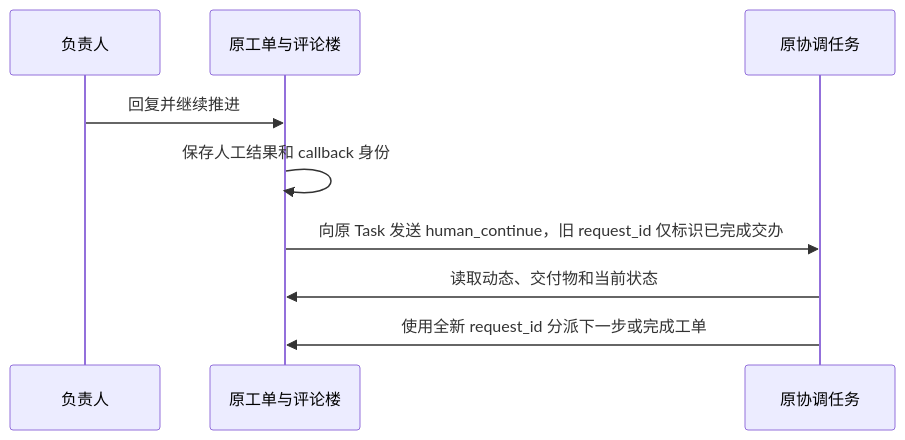
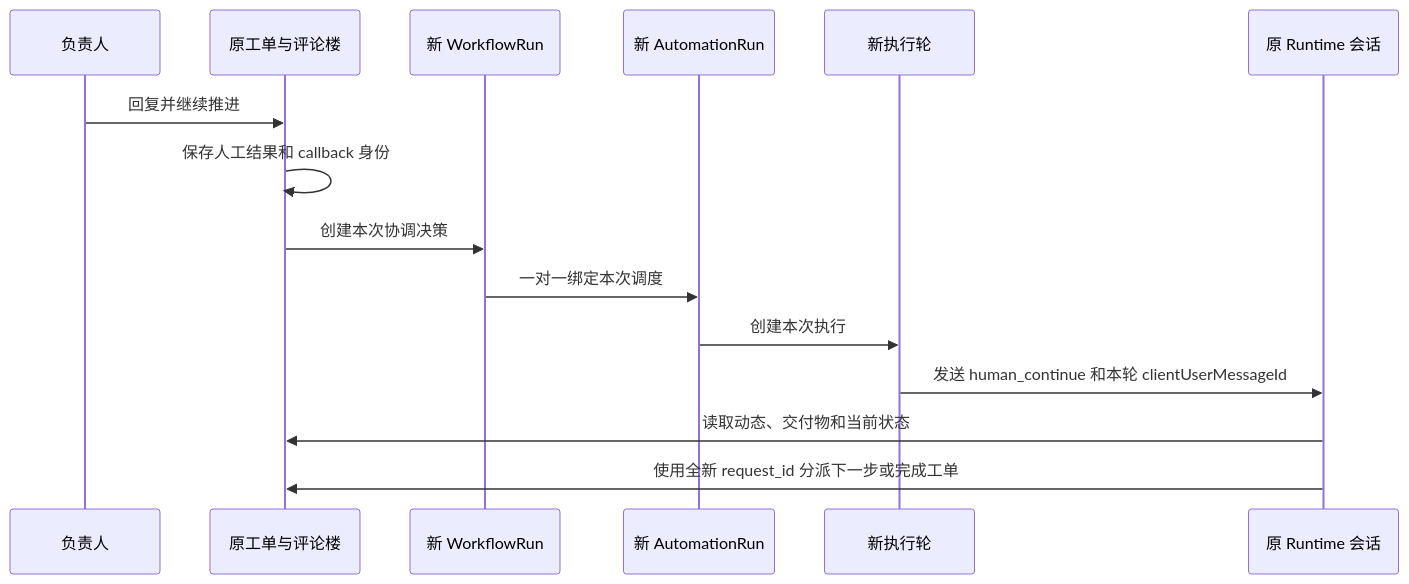
Diagram 15 of 16 in docs/zh/developer-guide/board-automation-acceptance.md (wecode-ai/Wegent), drawn with Mermaid before and after one commit. The commit also changed other lines of this file and 23 other files, not shown here.

````diff
--- a/docs/zh/developer-guide/board-automation-acceptance.md
+++ b/docs/zh/developer-guide/board-automation-acceptance.md
@@ -526,11 +526,17 @@
 ```mermaid
 sequenceDiagram
     participant H as 负责人
     participant I as 原工单与评论楼
-    participant C as 原协调任务
+    participant W as 新 WorkflowRun
+    participant A as 新 AutomationRun
+    participant E as 新执行轮
+    participant C as 原 Runtime 会话
     H->>I: 回复并继续推进
     I->>I: 保存人工结果和 callback 身份
-    I->>C: 向原 Task 发送 human_continue，旧 request_id 仅标识已完成交办
+    I->>W: 创建本次协调决策
+    W->>A: 一对一绑定本次调度
+    A->>E: 创建本次执行
+    E->>C: 发送 human_continue 和本轮 clientUserMessageId
     C->>I: 读取动态、交付物和当前状态
     C->>I: 使用全新 request_id 分派下一步或完成工单
 ```
````
